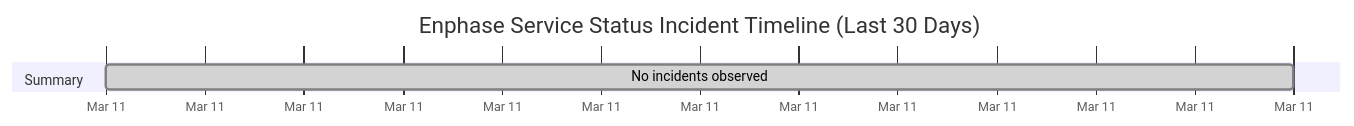
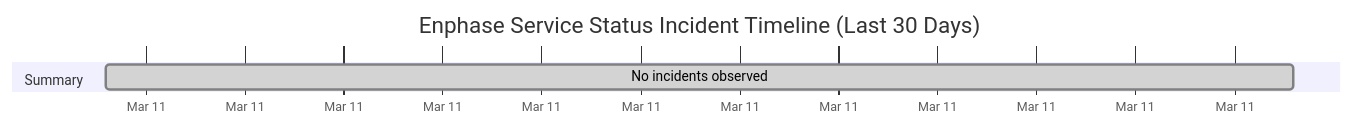
Before and after one commit to barneyonline/ha-enphase-ev-charger: the diagram in wiki/Service-Status-History.md, drawn with Mermaid. The commit also changed other lines of this file and 3 other files, not shown here.

````diff
--- a/wiki/Service-Status-History.md
+++ b/wiki/Service-Status-History.md
@@ -14,8 +14,8 @@
 ```mermaid
 gantt
     title Enphase Service Status Incident Timeline (Last 30 Days)
     dateFormat  YYYY-MM-DDTHH:mm:ss
     axisFormat  %b %d
     section Summary
-    No incidents observed :done, 2026-03-11T11:26:30, 1m
+    No incidents observed :done, 2026-03-11T12:38:03, 1m
 ```
````
